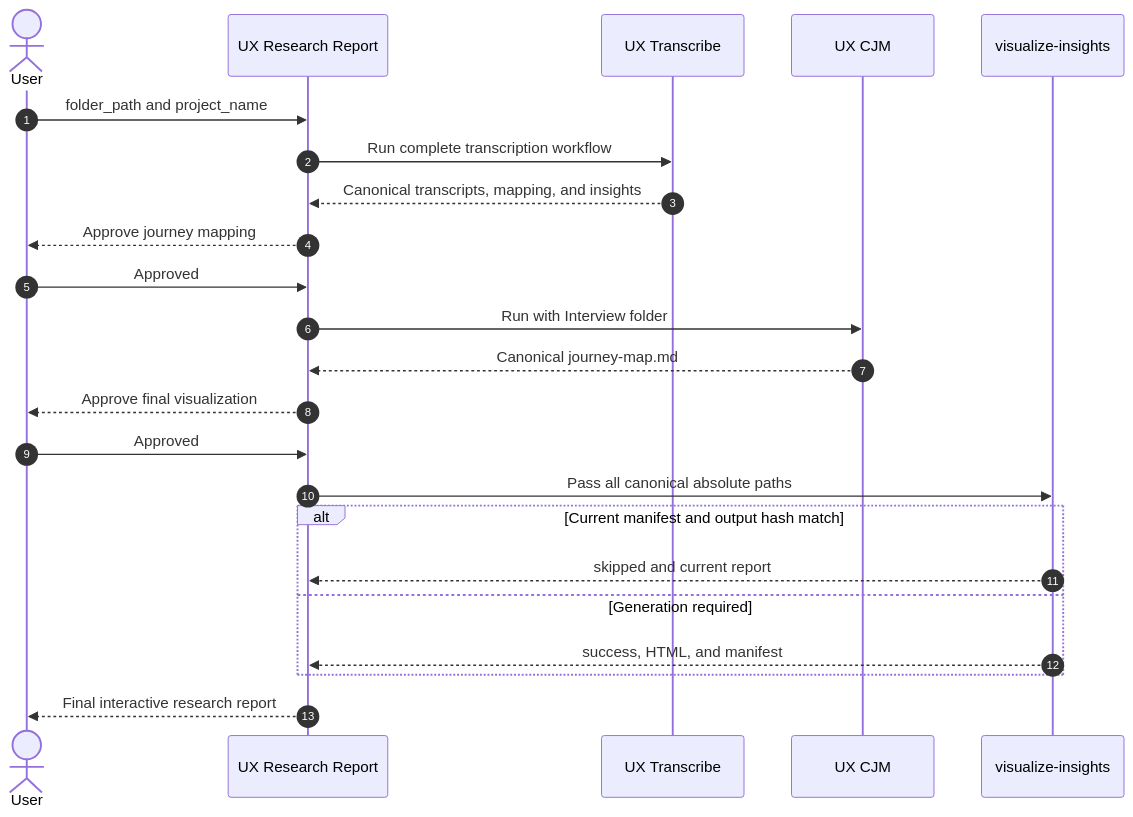
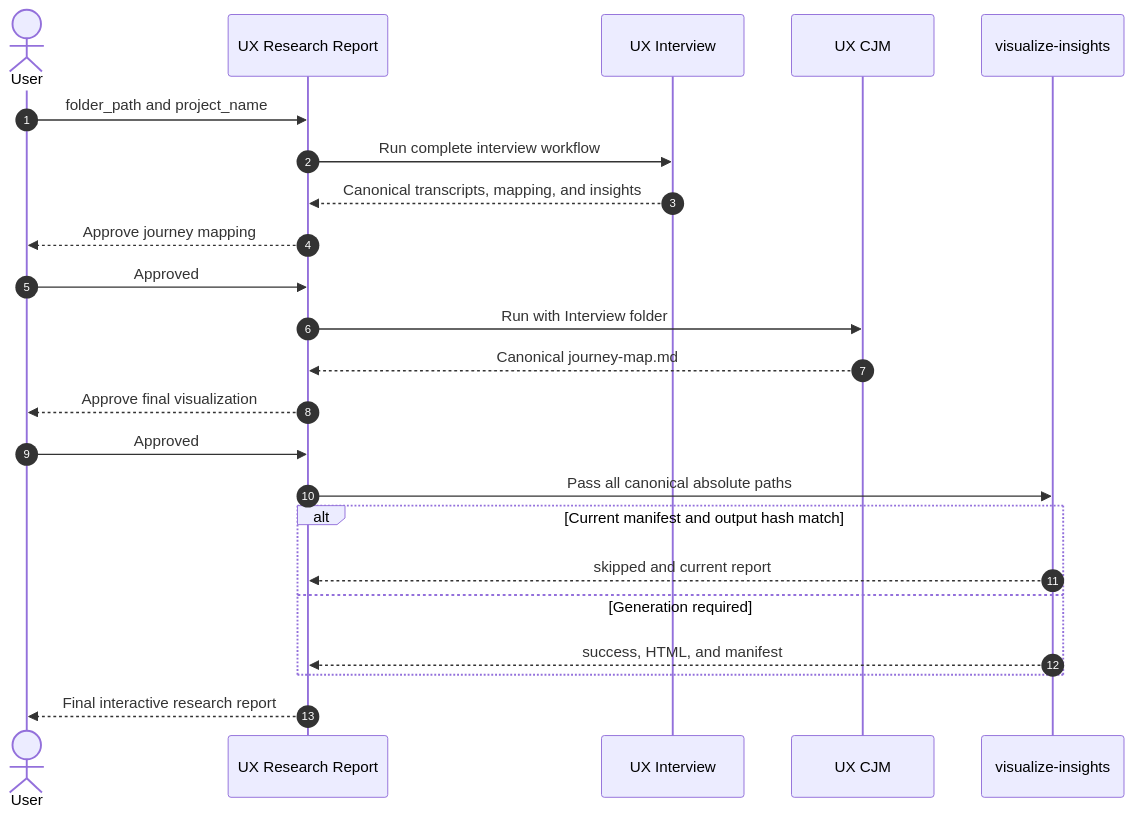
One commit to nguyenlamhai89/UX-Agent changed the diagram in .agents/workflows/ux-research/ORCHESTRATOR.md. Above: the diagram before and after it, drawn with Mermaid. The commit also changed other lines of this file and 49 other files, not shown here.

Commit message:
update: rename ux-transcribe workflow to ux-interview and update related documents

````diff
--- a/.agents/workflows/ux-research/ORCHESTRATOR.md
+++ b/.agents/workflows/ux-research/ORCHESTRATOR.md
@@ -124,26 +124,26 @@
 ```mermaid
 sequenceDiagram
     autonumber
     actor User
     participant Parent as UX Research Report
-    participant UXT as UX Transcribe
+    participant UXI as UX Interview
     participant CJM as UX CJM
     participant VIS as visualize-insights
 
     User->>Parent: folder_path and project_name
-    Parent->>UXT: Run complete transcription workflow
-    UXT-->>Parent: Canonical transcripts, mapping, and insights
+    Parent->>UXI: Run complete interview workflow
+    UXI-->>Parent: Canonical transcripts, mapping, and insights
     Parent-->>User: Approve journey mapping
     User->>Parent: Approved
     Parent->>CJM: Run with Interview folder
     CJM-->>Parent: Canonical journey-map.md
     Parent-->>User: Approve final visualization
     User->>Parent: Approved
     Parent->>VIS: Pass all canonical absolute paths
     alt Current manifest and output hash match
         VIS-->>Parent: skipped and current report
     else Generation required
         VIS-->>Parent: success, HTML, and manifest
     end
     Parent-->>User: Final interactive research report
 ```
````
